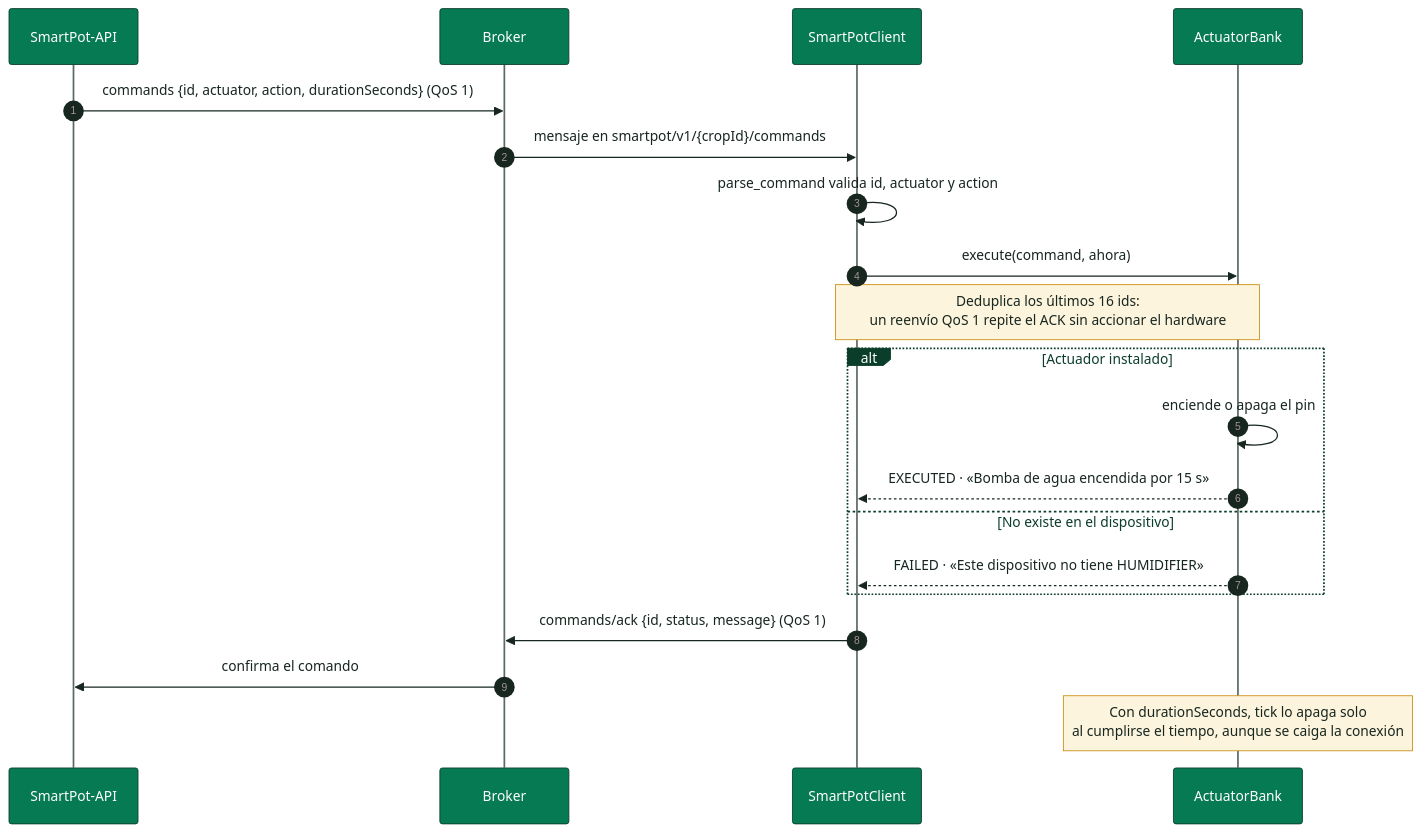
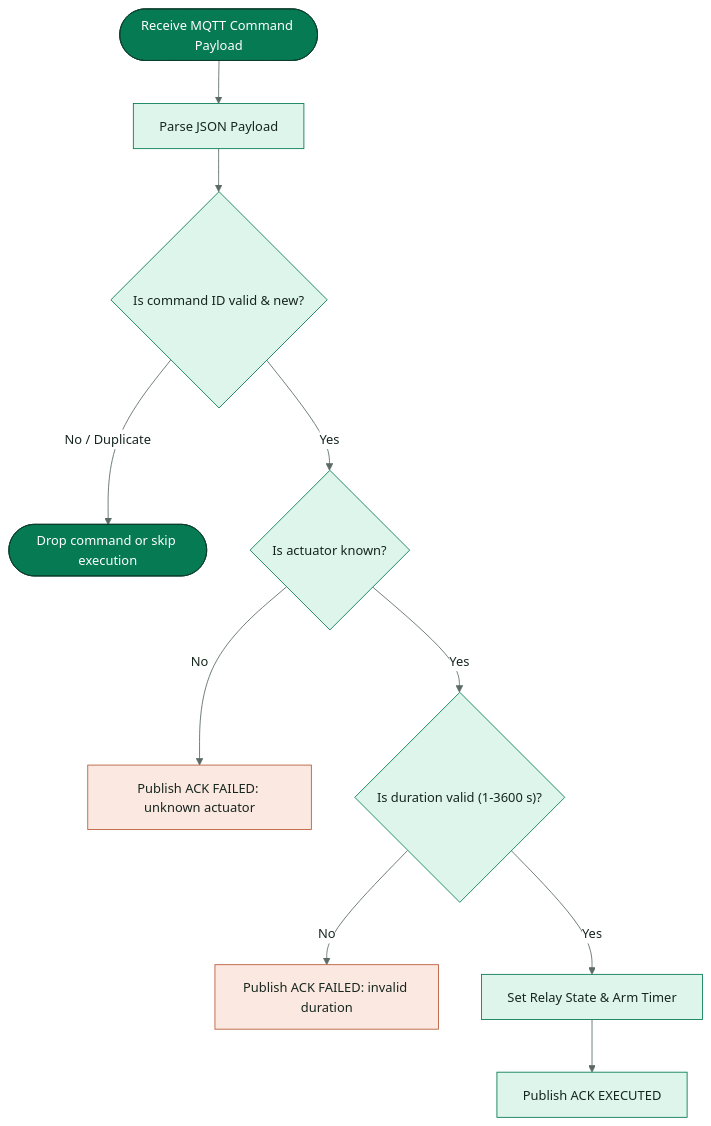
Before and after one commit to SmartPotTech/SmartPot-IoT-Python: the diagram in docs/diagrams/SmartPot_IoT_02_Command_Handling.mmd, drawn with Mermaid. The commit also changed 12 other files, not shown here.

Commit message:
docs(specs): synchronize 100% english documentation, diagrams, and formal deliverables

```diff
--- a/docs/diagrams/SmartPot_IoT_02_Command_Handling.mmd
+++ b/docs/diagrams/SmartPot_IoT_02_Command_Handling.mmd
@@ -1,21 +1,17 @@
 %%{init: {"theme": "base", "fontFamily": "Segoe UI, Arial, sans-serif", "themeVariables": {"fontFamily": "Segoe UI, Arial, sans-serif", "fontSize": "15px", "primaryColor": "#DDF5EA", "primaryTextColor": "#17261F", "primaryBorderColor": "#067A52", "secondaryColor": "#E3F2FB", "secondaryTextColor": "#17261F", "secondaryBorderColor": "#1F6FA0", "tertiaryColor": "#F2F7F4", "tertiaryTextColor": "#17261F", "tertiaryBorderColor": "#D5E3DC", "lineColor": "#5B6B63", "textColor": "#17261F", "mainBkg": "#DDF5EA", "nodeBorder": "#067A52", "clusterBkg": "#F7FAF8", "clusterBorder": "#D5E3DC", "edgeLabelBackground": "#FFFFFF", "actorBkg": "#067A52", "actorBorder": "#0B3D2B", "actorTextColor": "#FFFFFF", "actorLineColor": "#5B6B63", "signalColor": "#17261F", "signalTextColor": "#17261F", "labelBoxBkgColor": "#0B3D2B", "labelBoxBorderColor": "#0B3D2B", "labelTextColor": "#FFFFFF", "loopTextColor": "#0B3D2B", "noteBkgColor": "#FDF4DD", "noteBorderColor": "#C98D12", "noteTextColor": "#17261F", "activationBkgColor": "#DDF5EA", "activationBorderColor": "#067A52", "attributeBackgroundColorOdd": "#FFFFFF", "attributeBackgroundColorEven": "#F2F7F4"}}}%%
-sequenceDiagram
-  autonumber
-  participant A as SmartPot-API
-  participant B as Broker
-  participant C as SmartPotClient
-  participant K as ActuatorBank
-  A->>B: commands {id, actuator, action, durationSeconds} (QoS 1)
-  B->>C: mensaje en smartpot/v1/{cropId}/commands
-  C->>C: parse_command valida id, actuator y action
-  C->>K: execute(command, ahora)
-  Note over C,K: Deduplica los últimos 16 ids:<br/>un reenvío QoS 1 repite el ACK sin accionar el hardware
-  alt Actuador instalado
-    K->>K: enciende o apaga el pin
-    K-->>C: EXECUTED · «Bomba de agua encendida por 15 s»
-  else No existe en el dispositivo
-    K-->>C: FAILED · «Este dispositivo no tiene HUMIDIFIER»
-  end
-  C->>B: commands/ack {id, status, message} (QoS 1)
-  B->>A: confirma el comando
-  Note over K: Con durationSeconds, tick lo apaga solo<br/>al cumplirse el tiempo, aunque se caiga la conexión
+flowchart TB
+  recv(["Receive MQTT Command Payload"]) --> parse["Parse JSON Payload"]
+  parse --> checkId{"Is command ID valid & new?"}
+  checkId -->|"No / Duplicate"| drop(["Drop command or skip execution"])
+  checkId -->|"Yes"| actCheck{"Is actuator known?"}
+  actCheck -->|"No"| failAck["Publish ACK FAILED: unknown actuator"]
+  actCheck -->|"Yes"| durCheck{"Is duration valid (1-3600 s)?"}
+  durCheck -->|"No"| failDur["Publish ACK FAILED: invalid duration"]
+  durCheck -->|"Yes"| exec["Set Relay State & Arm Timer"]
+  exec --> ack["Publish ACK EXECUTED"]
+  classDef core fill:#067A52,stroke:#0B3D2B,color:#FFFFFF
+  classDef leaf fill:#DDF5EA,stroke:#067A52,color:#17261F
+  classDef clay fill:#FBE9E1,stroke:#B85A38,color:#17261F
+  class recv,drop core
+  class parse,checkId,actCheck,durCheck,exec,ack leaf
+  class failAck,failDur clay
```
